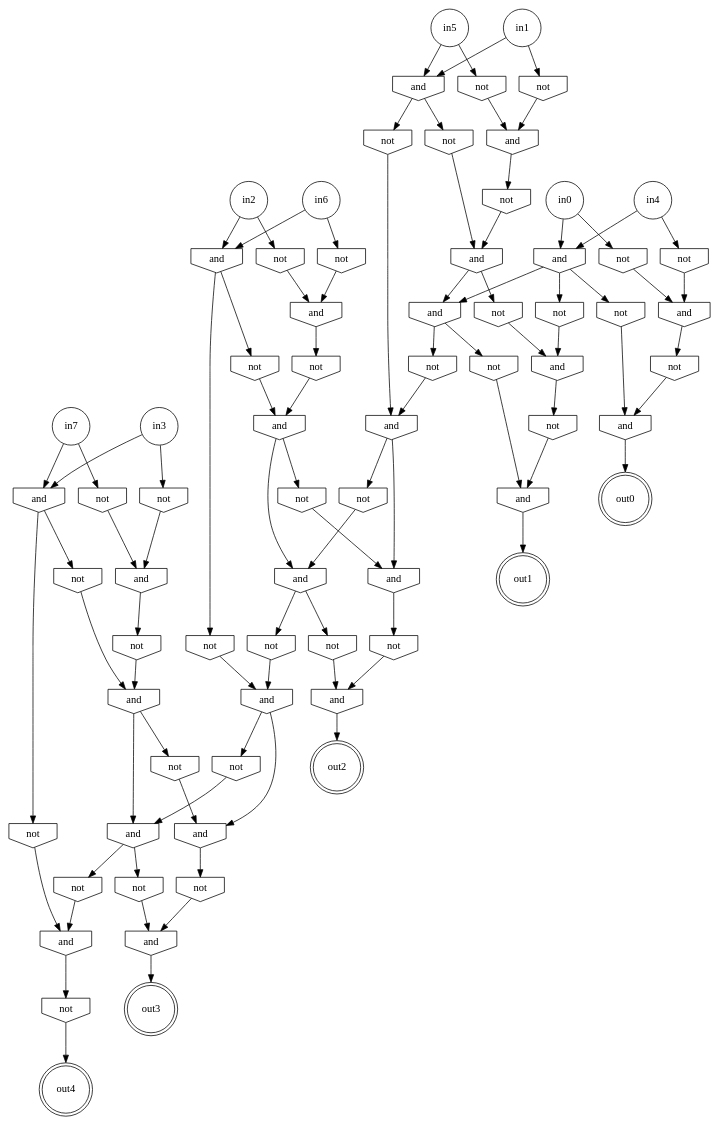
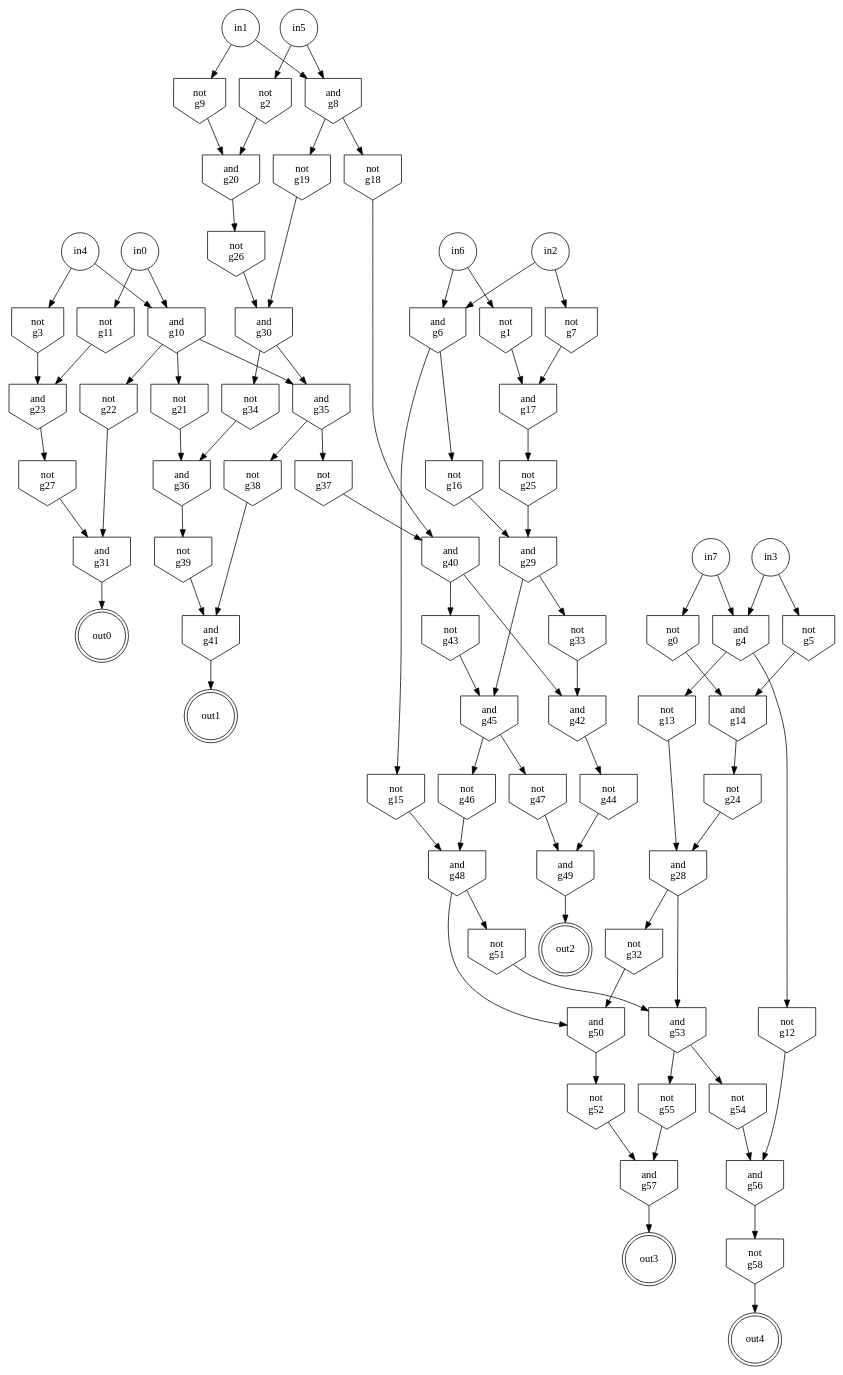
One commit to MortezaRezaalipour/ErrorEval changed the diagram in output/gv/adder_i8_o5.gv. Above: the diagram before and after it, drawn with Graphviz. The commit also changed 160 other files, not shown here.

```diff
--- a/output/gv/adder_i8_o5.gv
+++ b/output/gv/adder_i8_o5.gv
@@ -1,235 +1,162 @@
 strict digraph "" {
-	node [label="\N"];
-	in7	[label=in7,
-		shape=circle];
-	g4	[label=and,
-		shape=invhouse];
-	in7 -> g4;
-	g0	[label=not,
-		shape=invhouse];
-	in7 -> g0;
-	in6	[label=in6,
-		shape=circle];
-	g6	[label=and,
-		shape=invhouse];
-	in6 -> g6;
-	g1	[label=not,
-		shape=invhouse];
-	in6 -> g1;
-	in5	[label=in5,
-		shape=circle];
-	g8	[label=and,
-		shape=invhouse];
-	in5 -> g8;
-	g2	[label=not,
-		shape=invhouse];
-	in5 -> g2;
-	in4	[label=in4,
-		shape=circle];
-	g10	[label=and,
-		shape=invhouse];
-	in4 -> g10;
-	g3	[label=not,
-		shape=invhouse];
-	in4 -> g3;
-	in3	[label=in3,
-		shape=circle];
-	in3 -> g4;
-	g5	[label=not,
-		shape=invhouse];
-	in3 -> g5;
-	in2	[label=in2,
-		shape=circle];
-	g7	[label=not,
-		shape=invhouse];
-	in2 -> g7;
-	in2 -> g6;
-	in1	[label=in1,
-		shape=circle];
-	in1 -> g8;
-	g9	[label=not,
-		shape=invhouse];
-	in1 -> g9;
-	in0	[label=in0,
-		shape=circle];
-	g11	[label=not,
-		shape=invhouse];
-	in0 -> g11;
-	in0 -> g10;
-	g32	[label=not,
-		shape=invhouse];
-	g50	[label=and,
-		shape=invhouse];
-	g32 -> g50;
-	g34	[label=not,
-		shape=invhouse];
-	g36	[label=and,
-		shape=invhouse];
-	g34 -> g36;
-	g39	[label=not,
-		shape=invhouse];
-	g36 -> g39;
-	g38	[label=not,
-		shape=invhouse];
-	g41	[label=and,
-		shape=invhouse];
-	g38 -> g41;
-	g33	[label=not,
-		shape=invhouse];
-	g42	[label=and,
-		shape=invhouse];
-	g33 -> g42;
-	g40	[label=and,
-		shape=invhouse];
-	g40 -> g42;
-	g43	[label=not,
-		shape=invhouse];
-	g40 -> g43;
-	g35	[label=and,
-		shape=invhouse];
-	g35 -> g38;
-	g37	[label=not,
-		shape=invhouse];
-	g35 -> g37;
-	out1	[label=out1,
-		shape=doublecircle];
-	g41 -> out1;
-	g37 -> g40;
-	g44	[label=not,
-		shape=invhouse];
-	g42 -> g44;
-	g39 -> g41;
-	g45	[label=and,
-		shape=invhouse];
-	g43 -> g45;
-	g17	[label=and,
-		shape=invhouse];
-	g7 -> g17;
-	g18	[label=not,
-		shape=invhouse];
-	g8 -> g18;
-	g19	[label=not,
-		shape=invhouse];
-	g8 -> g19;
-	g47	[label=not,
-		shape=invhouse];
-	g49	[label=and,
-		shape=invhouse];
-	g47 -> g49;
-	g25	[label=not,
-		shape=invhouse];
-	g17 -> g25;
-	g18 -> g40;
-	g51	[label=not,
-		shape=invhouse];
-	g53	[label=and,
-		shape=invhouse];
-	g51 -> g53;
-	g27	[label=not,
-		shape=invhouse];
-	g31	[label=and,
-		shape=invhouse];
-	g27 -> g31;
-	g28	[label=and,
-		shape=invhouse];
-	g28 -> g32;
-	g28 -> g53;
-	g56	[label=and,
-		shape=invhouse];
-	g58	[label=not,
-		shape=invhouse];
-	g56 -> g58;
-	g30	[label=and,
-		shape=invhouse];
-	g30 -> g34;
-	g30 -> g35;
-	out0	[label=out0,
-		shape=doublecircle];
-	g31 -> out0;
-	out4	[label=out4,
-		shape=doublecircle];
-	g58 -> out4;
-	g16	[label=not,
-		shape=invhouse];
-	g6 -> g16;
-	g15	[label=not,
-		shape=invhouse];
-	g6 -> g15;
-	g29	[label=and,
-		shape=invhouse];
-	g16 -> g29;
-	g26	[label=not,
-		shape=invhouse];
-	g26 -> g30;
-	g29 -> g33;
-	g29 -> g45;
-	g46	[label=not,
-		shape=invhouse];
-	g48	[label=and,
-		shape=invhouse];
-	g46 -> g48;
-	g52	[label=not,
-		shape=invhouse];
-	g50 -> g52;
-	g55	[label=not,
-		shape=invhouse];
-	g57	[label=and,
-		shape=invhouse];
-	g55 -> g57;
-	out3	[label=out3,
-		shape=doublecircle];
-	g57 -> out3;
-	g12	[label=not,
-		shape=invhouse];
-	g4 -> g12;
-	g13	[label=not,
-		shape=invhouse];
-	g4 -> g13;
-	g14	[label=and,
-		shape=invhouse];
-	g24	[label=not,
-		shape=invhouse];
-	g14 -> g24;
-	g24 -> g28;
-	g25 -> g29;
-	g54	[label=not,
-		shape=invhouse];
-	g54 -> g56;
-	g22	[label=not,
-		shape=invhouse];
-	g22 -> g31;
-	g23	[label=and,
-		shape=invhouse];
-	g23 -> g27;
-	g21	[label=not,
-		shape=invhouse];
-	g21 -> g36;
-	g52 -> g57;
-	g53 -> g55;
-	g53 -> g54;
-	g19 -> g30;
-	g20	[label=and,
-		shape=invhouse];
-	g20 -> g26;
-	g11 -> g23;
-	g15 -> g48;
-	g12 -> g56;
-	g13 -> g28;
-	g48 -> g51;
-	g48 -> g50;
-	out2	[label=out2,
-		shape=doublecircle];
-	g49 -> out2;
-	g9 -> g20;
-	g10 -> g35;
-	g10 -> g22;
-	g10 -> g21;
-	g1 -> g17;
-	g5 -> g14;
-	g2 -> g20;
-	g3 -> g23;
-	g44 -> g49;
-	g45 -> g47;
-	g45 -> g46;
-	g0 -> g14;
+in7 [label="in7", shape=circle];
+in6 [label="in6", shape=circle];
+in5 [label="in5", shape=circle];
+in4 [label="in4", shape=circle];
+in3 [label="in3", shape=circle];
+in2 [label="in2", shape=circle];
+in1 [label="in1", shape=circle];
+in0 [label="in0", shape=circle];
+g0 [label="not\ng0", shape=invhouse];
+g1 [label="not\ng1", shape=invhouse];
+g2 [label="not\ng2", shape=invhouse];
+g3 [label="not\ng3", shape=invhouse];
+g4 [label="and\ng4", shape=invhouse];
+g5 [label="not\ng5", shape=invhouse];
+g6 [label="and\ng6", shape=invhouse];
+g7 [label="not\ng7", shape=invhouse];
+g8 [label="and\ng8", shape=invhouse];
+g9 [label="not\ng9", shape=invhouse];
+g10 [label="and\ng10", shape=invhouse];
+g11 [label="not\ng11", shape=invhouse];
+g12 [label="not\ng12", shape=invhouse];
+g13 [label="not\ng13", shape=invhouse];
+g14 [label="and\ng14", shape=invhouse];
+g15 [label="not\ng15", shape=invhouse];
+g16 [label="not\ng16", shape=invhouse];
+g17 [label="and\ng17", shape=invhouse];
+g18 [label="not\ng18", shape=invhouse];
+g19 [label="not\ng19", shape=invhouse];
+g20 [label="and\ng20", shape=invhouse];
+g21 [label="not\ng21", shape=invhouse];
+g22 [label="not\ng22", shape=invhouse];
+g23 [label="and\ng23", shape=invhouse];
+g24 [label="not\ng24", shape=invhouse];
+g25 [label="not\ng25", shape=invhouse];
+g26 [label="not\ng26", shape=invhouse];
+g27 [label="not\ng27", shape=invhouse];
+g28 [label="and\ng28", shape=invhouse];
+g29 [label="and\ng29", shape=invhouse];
+g30 [label="and\ng30", shape=invhouse];
+g31 [label="and\ng31", shape=invhouse];
+g32 [label="not\ng32", shape=invhouse];
+g33 [label="not\ng33", shape=invhouse];
+g34 [label="not\ng34", shape=invhouse];
+g35 [label="and\ng35", shape=invhouse];
+out0 [label="out0", shape=doublecircle];
+g36 [label="and\ng36", shape=invhouse];
+g37 [label="not\ng37", shape=invhouse];
+g38 [label="not\ng38", shape=invhouse];
+g39 [label="not\ng39", shape=invhouse];
+g40 [label="and\ng40", shape=invhouse];
+g41 [label="and\ng41", shape=invhouse];
+g42 [label="and\ng42", shape=invhouse];
+g43 [label="not\ng43", shape=invhouse];
+out1 [label="out1", shape=doublecircle];
+g44 [label="not\ng44", shape=invhouse];
+g45 [label="and\ng45", shape=invhouse];
+g46 [label="not\ng46", shape=invhouse];
+g47 [label="not\ng47", shape=invhouse];
+g48 [label="and\ng48", shape=invhouse];
+g49 [label="and\ng49", shape=invhouse];
+g50 [label="and\ng50", shape=invhouse];
+g51 [label="not\ng51", shape=invhouse];
+out2 [label="out2", shape=doublecircle];
+g52 [label="not\ng52", shape=invhouse];
+g53 [label="and\ng53", shape=invhouse];
+g54 [label="not\ng54", shape=invhouse];
+g55 [label="not\ng55", shape=invhouse];
+g56 [label="and\ng56", shape=invhouse];
+g57 [label="and\ng57", shape=invhouse];
+g58 [label="not\ng58", shape=invhouse];
+out3 [label="out3", shape=doublecircle];
+out4 [label="out4", shape=doublecircle];
+in7 -> g0;
+in7 -> g4;
+in6 -> g1;
+in6 -> g6;
+in5 -> g2;
+in5 -> g8;
+in4 -> g3;
+in4 -> g10;
+in3 -> g4;
+in3 -> g5;
+in2 -> g6;
+in2 -> g7;
+in1 -> g8;
+in1 -> g9;
+in0 -> g10;
+in0 -> g11;
+g0 -> g14;
+g1 -> g17;
+g2 -> g20;
+g3 -> g23;
+g4 -> g12;
+g4 -> g13;
+g5 -> g14;
+g6 -> g15;
+g6 -> g16;
+g7 -> g17;
+g8 -> g18;
+g8 -> g19;
+g9 -> g20;
+g10 -> g35;
+g10 -> g21;
+g10 -> g22;
+g11 -> g23;
+g12 -> g56;
+g13 -> g28;
+g14 -> g24;
+g15 -> g48;
+g16 -> g29;
+g17 -> g25;
+g18 -> g40;
+g19 -> g30;
+g20 -> g26;
+g21 -> g36;
+g22 -> g31;
+g23 -> g27;
+g24 -> g28;
+g25 -> g29;
+g26 -> g30;
+g27 -> g31;
+g28 -> g32;
+g28 -> g53;
+g29 -> g33;
+g29 -> g45;
+g30 -> g34;
+g30 -> g35;
+g31 -> out0;
+g32 -> g50;
+g33 -> g42;
+g34 -> g36;
+g35 -> g37;
+g35 -> g38;
+g36 -> g39;
+g37 -> g40;
+g38 -> g41;
+g39 -> g41;
+g40 -> g42;
+g40 -> g43;
+g41 -> out1;
+g42 -> g44;
+g43 -> g45;
+g44 -> g49;
+g45 -> g46;
+g45 -> g47;
+g46 -> g48;
+g47 -> g49;
+g48 -> g50;
+g48 -> g51;
+g49 -> out2;
+g50 -> g52;
+g51 -> g53;
+g52 -> g57;
+g53 -> g54;
+g53 -> g55;
+g54 -> g56;
+g55 -> g57;
+g56 -> g58;
+g57 -> out3;
+g58 -> out4;
 }
```
